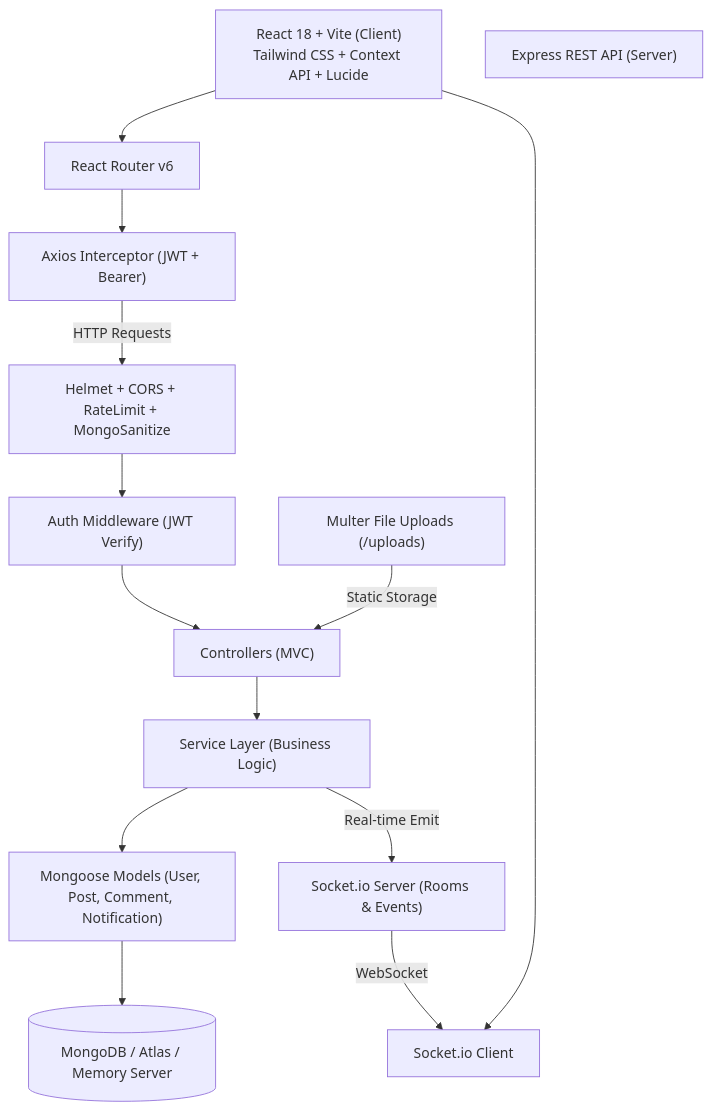
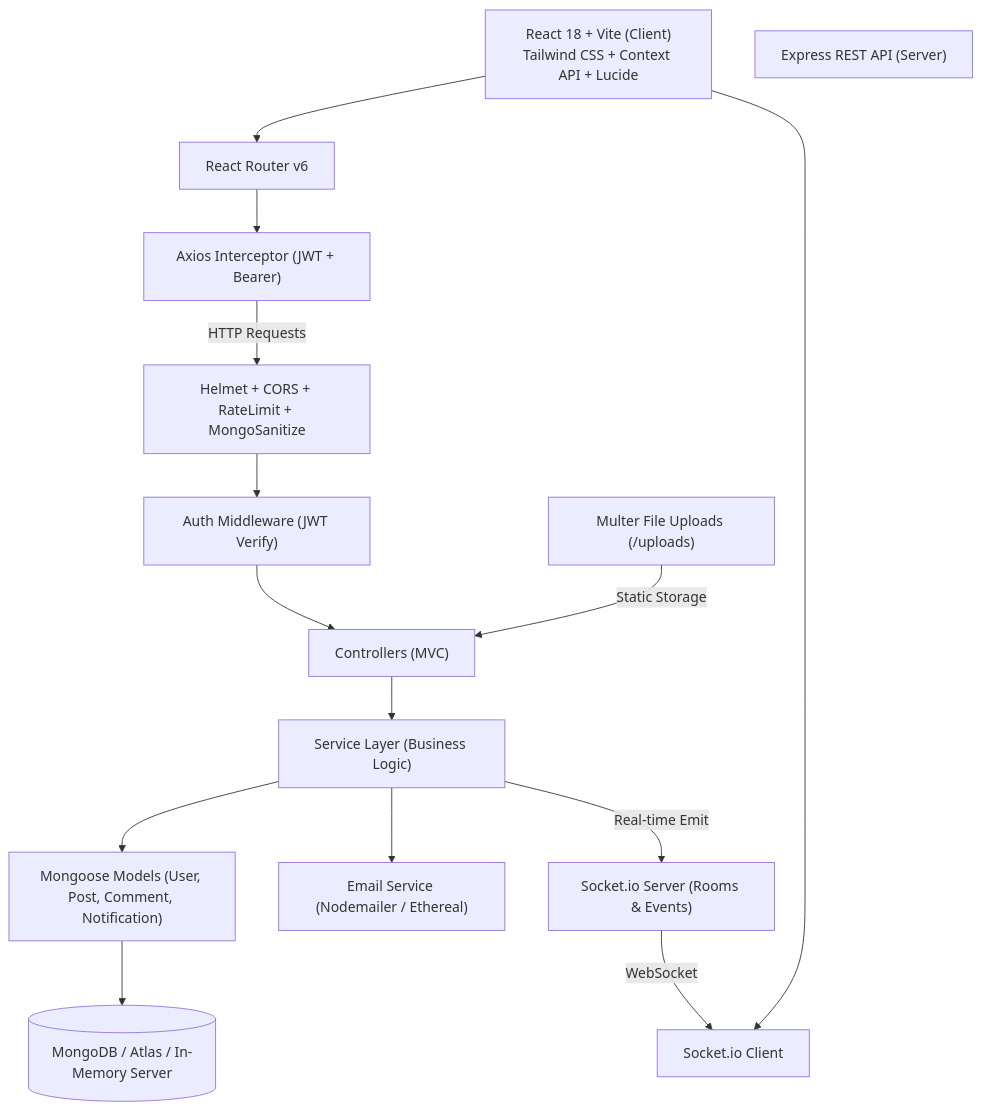
The first of 2 diagrams in README.md (newayushgupta-web/ConnectSphere), drawn with Mermaid before and after one commit. The commit also changed other lines of this file and 25 other files, not shown here.

````diff
--- a/README.md
+++ b/README.md
@@ -65,23 +81,25 @@
 ```mermaid
 flowchart TD
     Client["React 18 + Vite (Client)\nTailwind CSS + Context API + Lucide"]
     Router["React Router v6"]
     Axios["Axios Interceptor (JWT + Bearer)"]
     SocketClient["Socket.io Client"]
 
     API["Express REST API (Server)"]
     Security["Helmet + CORS + RateLimit + MongoSanitize"]
     AuthGuard["Auth Middleware (JWT Verify)"]
     Controllers["Controllers (MVC)"]
     Services["Service Layer (Business Logic)"]
+    EmailSvc["Email Service (Nodemailer / Ethereal)"]
     Models["Mongoose Models (User, Post, Comment, Notification)"]
     Multer["Multer File Uploads (/uploads)"]
     SocketServer["Socket.io Server (Rooms & Events)"]
-    DB[("MongoDB / Atlas / Memory Server")]
+    DB[("MongoDB / Atlas / In-Memory Server")]
 
     Client --> Router --> Axios
     Client --> SocketClient
     Axios -->|HTTP Requests| Security --> AuthGuard --> Controllers --> Services --> Models --> DB
+    Services --> EmailSvc
     Multer -->|Static Storage| Controllers
     Services -->|Real-time Emit| SocketServer -->|WebSocket| SocketClient
 ```
````
